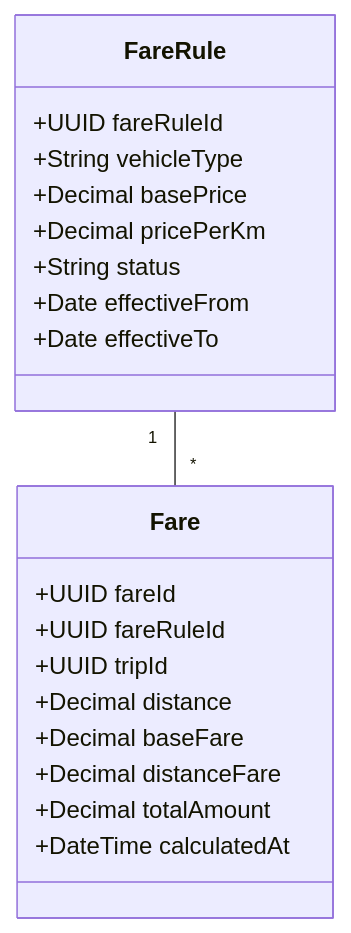
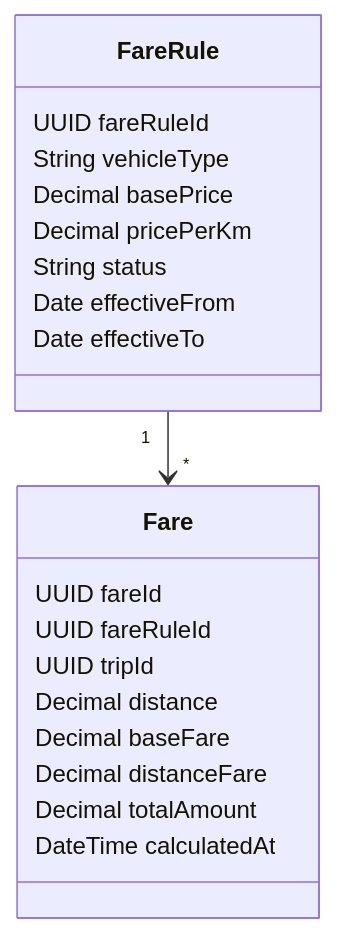
One commit to Phamha0601/23680571_PhamThiThuHa_CabSystem changed diagram 14 of 29 in Microservice_Design.md. Above: the diagram before and after it, drawn with Mermaid. The commit also changed other lines of this file, not shown here.

````diff
--- a/Microservice_Design.md
+++ b/Microservice_Design.md
@@ -900,26 +894,25 @@
 ```mermaid
 classDiagram
-
     class FareRule {
-        +UUID fareRuleId
-        +String vehicleType
-        +Decimal basePrice
-        +Decimal pricePerKm
-        +String status
-        +Date effectiveFrom
-        +Date effectiveTo
+        UUID fareRuleId
+        String vehicleType
+        Decimal basePrice
+        Decimal pricePerKm
+        String status
+        Date effectiveFrom
+        Date effectiveTo
     }
 
     class Fare {
-        +UUID fareId
-        +UUID fareRuleId
-        +UUID tripId
-        +Decimal distance
-        +Decimal baseFare
-        +Decimal distanceFare
-        +Decimal totalAmount
-        +DateTime calculatedAt
+        UUID fareId
+        UUID fareRuleId
+        UUID tripId
+        Decimal distance
+        Decimal baseFare
+        Decimal distanceFare
+        Decimal totalAmount
+        DateTime calculatedAt
     }
 
-    FareRule "1" -- "*" Fare
+    FareRule "1" --> "*" Fare
 ```
````
